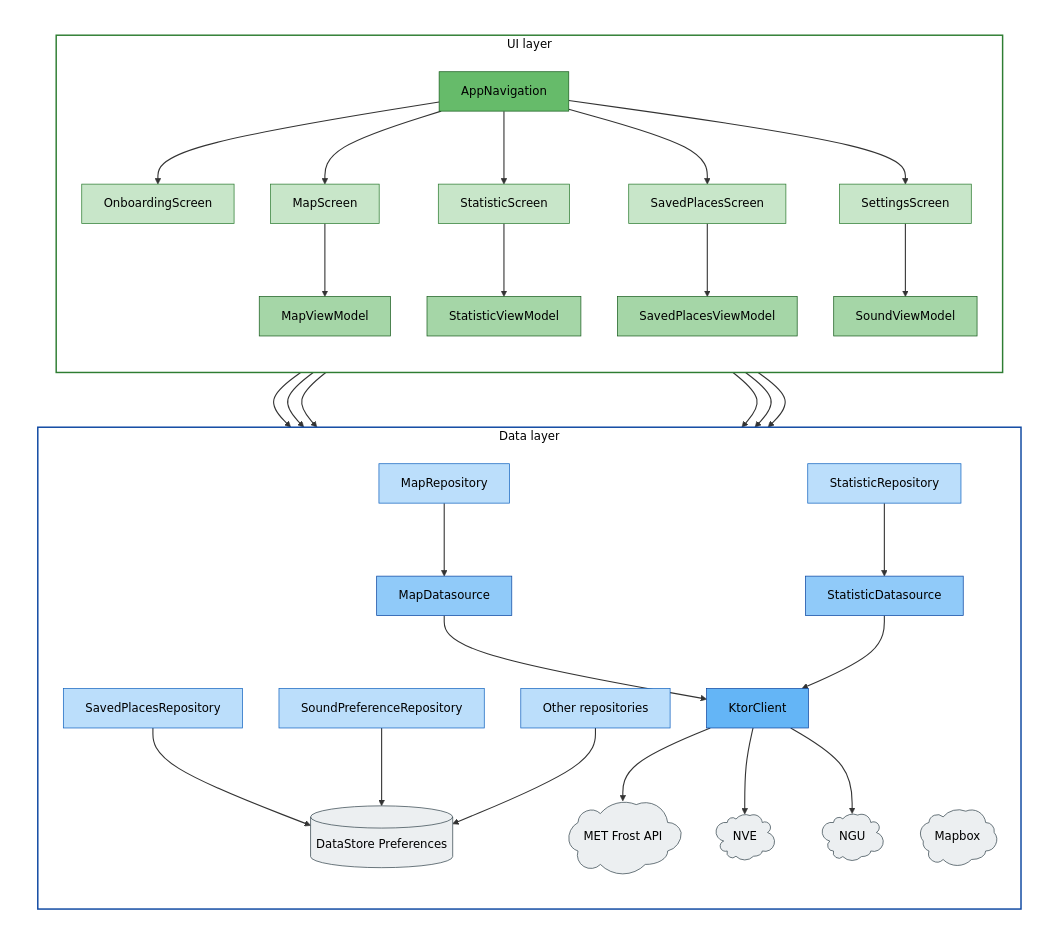
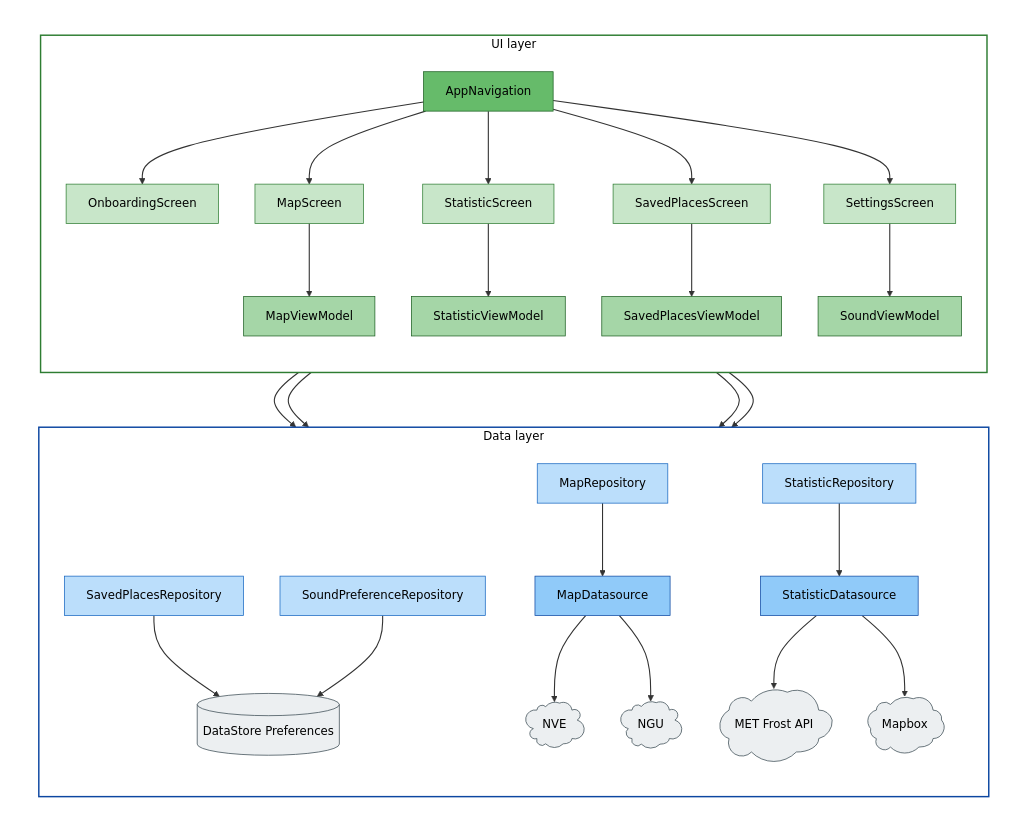
The diagram in ARCHITECTURE.md (Dannevanne/klima-app), drawn with Mermaid before and after one commit. The commit also changed other lines of this file, not shown here.

Commit message:
fix: prune ARCHITECTURE.md mermaid - drop KtorClient/InfoDatasource/Other repos, direct datasource-to-API edges

````diff
--- a/ARCHITECTURE.md
+++ b/ARCHITECTURE.md
@@ -138,7 +138,7 @@
             SetScreen --> SoundVM
         end
 
-        %% =========== DATA LAYER (includes external APIs) ===========
+        %% =========== DATA LAYER ===========
         subgraph DATA["Data layer"]
             direction TB
 
@@ -146,43 +146,36 @@
             StatRepo["StatisticRepository"]:::repo
             SavRepo["SavedPlacesRepository"]:::repo
             SoundRepo["SoundPreferenceRepository"]:::repo
-            OtherRepos["Other repositories"]:::repo
 
             MapDS["MapDatasource"]:::ds
             StatDS["StatisticDatasource"]:::ds
 
-            Ktor["KtorClient"]:::net
             DS[("DataStore Preferences")]:::store
 
-            Frost@{ shape: cloud, label: "MET Frost API" }
             NVE@{ shape: cloud, label: "NVE" }
             NGU@{ shape: cloud, label: "NGU" }
+            Frost@{ shape: cloud, label: "MET Frost API" }
             Mapbox@{ shape: cloud, label: "Mapbox" }
 
             MapRepo --> MapDS
             StatRepo --> StatDS
-            MapDS --> Ktor
-            StatDS --> Ktor
 
             SavRepo --> DS
             SoundRepo --> DS
-            OtherRepos --> DS
 
-            Ktor --> Frost
-            Ktor --> NVE
-            Ktor --> NGU
+            MapDS --> NVE
+            MapDS --> NGU
+            StatDS --> Frost
+            StatDS --> Mapbox
         end
 
-        class Frost,NVE,NGU,Mapbox api
+        class NVE,NGU,Frost,Mapbox api
 
         %% Cross-layer edges
         MapVM --> MapRepo
         StatVM --> StatRepo
         SavVM --> SavRepo
         SoundVM --> SoundRepo
-
-        MapScreen --> Mapbox
-        StatVM --> Mapbox
     end
 
     linkStyle default stroke:#333333,stroke-width:1.5px
@@ -196,7 +189,6 @@
     classDef vm fill:#a5d6a7,stroke:#1b5e20,color:#000
     classDef repo fill:#bbdefb,stroke:#1565c0,color:#000
     classDef ds fill:#90caf9,stroke:#0d47a1,color:#000
-    classDef net fill:#64b5f6,stroke:#0d47a1,color:#000
     classDef api fill:#eceff1,stroke:#37474f,color:#000
     classDef store fill:#eceff1,stroke:#37474f,color:#000
 ```
````
